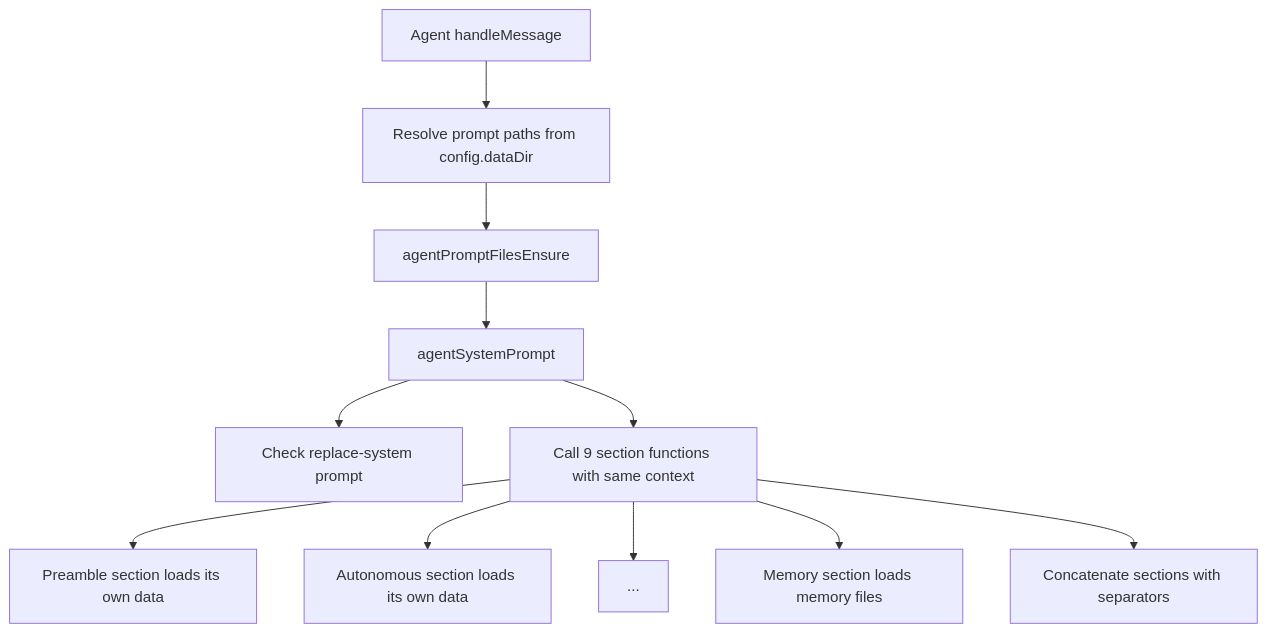
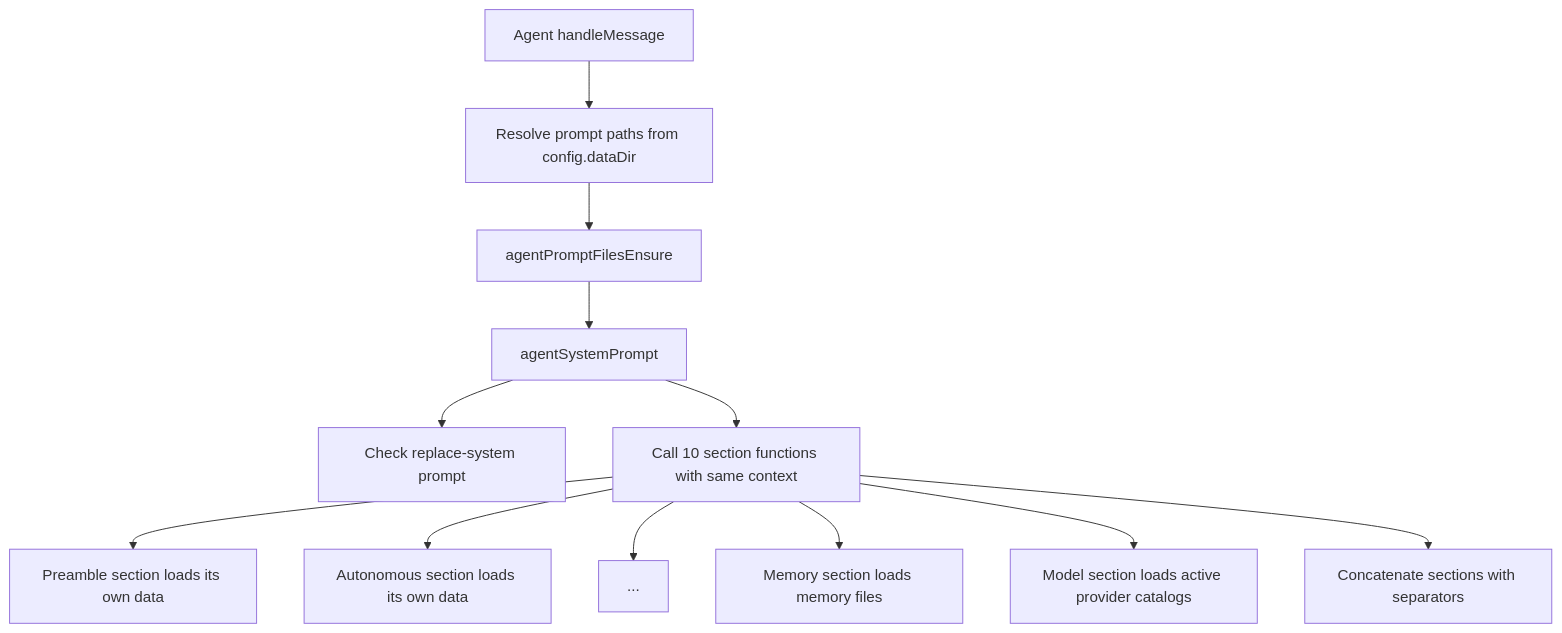
Before and after one commit to ex3ndr/daycare: the third of 3 diagrams in doc/internals/agent-system-prompt.md, drawn with Mermaid. The commit also changed other lines of this file and 6 other files, not shown here.

````diff
--- a/doc/internals/agent-system-prompt.md
+++ b/doc/internals/agent-system-prompt.md
@@ -46,13 +58,14 @@
 ```mermaid
 flowchart TD
   A[Agent handleMessage] --> A1[Resolve prompt paths from config.dataDir]
   A1 --> A2[agentPromptFilesEnsure]
   A2 --> B[agentSystemPrompt]
   B --> C[Check replace-system prompt]
-  B --> D[Call 9 section functions with same context]
+  B --> D[Call 10 section functions with same context]
   D --> D1[Preamble section loads its own data]
   D --> D2[Autonomous section loads its own data]
   D --> D3[...]
   D --> D4[Memory section loads memory files]
+  D --> D5[Model section loads active provider catalogs]
   D --> E[Concatenate sections with separators]
 ```
````
